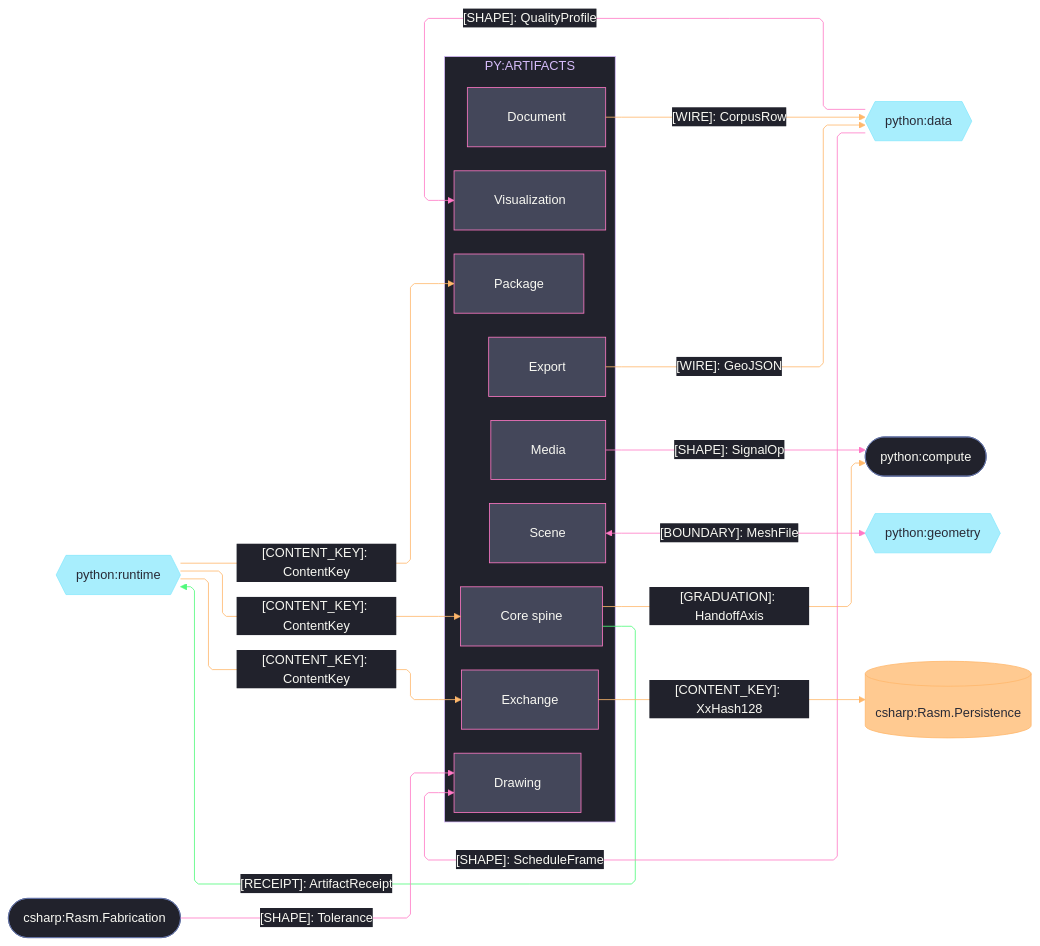
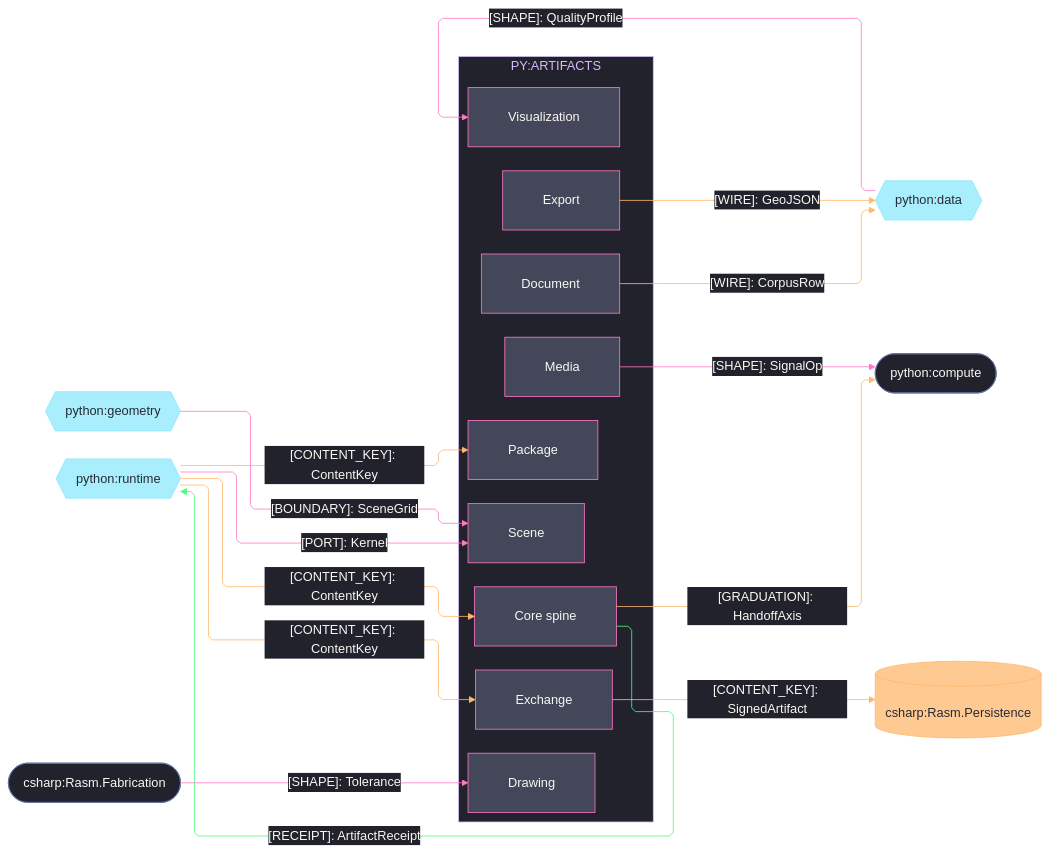
The first of 3 diagrams in libs/python/artifacts/ARCHITECTURE.md (bsamiee/Rasm), drawn with Mermaid before and after one commit. The commit also changed other lines of this file and 24 other files, not shown here.

Commit message:
architecture: seam registries + codemaps aligned across the estate (worker fabric edges, scene rows, csharp/ts seam mirrors)

````diff
--- a/libs/python/artifacts/ARCHITECTURE.md
+++ b/libs/python/artifacts/ARCHITECTURE.md
@@ -102,75 +105,75 @@
 ```mermaid
 ---
 config:
   theme: base
   look: classic
   layout: elk
   flowchart:
     curve: linear
     padding: 25
   themeVariables:
     darkMode: true
     fontFamily: "SF Mono, Menlo, Cascadia Mono, Segoe UI Mono, Consolas, monospace"
     useGradient: false
     dropShadow: "none"
     background: "#282A36"
     primaryColor: "#44475A"
     primaryTextColor: "#F8F8F2"
     primaryBorderColor: "#BD93F9"
     lineColor: "#FF79C6"
     textColor: "#F8F8F2"
     clusterBkg: "#21222C"
     clusterBorder: "#D6BCFA"
     edgeLabelBackground: "#21222C"
     labelBackgroundColor: "#21222C"
     titleColor: "#D6BCFA"
   themeCSS: ".nodeLabel{font-size:13px;font-weight:500}.edgeLabel{font-size:12px;font-weight:500}.cluster-label .nodeLabel{font-size:13.5px;font-weight:700;letter-spacing:.08em}.edge-thickness-normal{stroke-width:2px}.edge-thickness-thick{stroke-width:3px}.edge-pattern-dashed,.edge-pattern-dotted{stroke-width:1.5px;stroke-dasharray:4 6}.node rect,.node circle,.node polygon,.node path,.node .outer-path{stroke-width:1.5px;filter:none!important}.cluster rect{stroke-width:1px!important;stroke-dasharray:5 4!important;filter:none!important}.marker path{transform:scale(.8);transform-origin:5px 5px}.marker circle{transform:scale(.48);transform-origin:5px 5px}.edgeLabel rect{transform-box:fill-box;transform-origin:center;transform:scale(1.1,1.2)}"
 ---
 flowchart LR
     accTitle: Artifacts package seam registry
     accDescr: Artifacts sub-domain owners exchanging content keys, receipts, wires, and shapes with the Python runtime, data, compute, and geometry peers and the Persistence and Fabrication C# packages, edge rails colored by kind and nodes classed by seam direction.
     subgraph artifacts[PY:ARTIFACTS]
         Core[Core spine]
         Document[Document]
         Visualization[Visualization]
         Drawing[Drawing]
         Media[Media]
         Scene[Scene]
         Export[Export]
         Exchange[Exchange]
         Package[Package]
     end
+    Geometry{{python:geometry}}
     Runtime{{python:runtime}}
     Data{{python:data}}
     Compute([python:compute])
-    Geometry{{python:geometry}}
     Persistence[(csharp:Rasm.Persistence)]
     Fabrication([csharp:Rasm.Fabrication])
     Runtime e1@-->|"[CONTENT_KEY]: ContentKey"| Core
     Core e2@-->|"[RECEIPT]: ArtifactReceipt"| Runtime
     Runtime e3@-->|"[CONTENT_KEY]: ContentKey"| Exchange
     Runtime e4@-->|"[CONTENT_KEY]: ContentKey"| Package
     Core e5@-->|"[GRADUATION]: HandoffAxis"| Compute
     Media e6@-->|"[SHAPE]: SignalOp"| Compute
     Document e7@-->|"[WIRE]: CorpusRow"| Data
     Export e8@-->|"[WIRE]: GeoJSON"| Data
     Data e9@-->|"[SHAPE]: QualityProfile"| Visualization
-    Data e10@-->|"[SHAPE]: ScheduleFrame"| Drawing
     Fabrication e11@-->|"[SHAPE]: Tolerance"| Drawing
-    Scene e12@<-->|"[BOUNDARY]: MeshFile"| Geometry
-    Exchange e13@-->|"[CONTENT_KEY]: XxHash128"| Persistence
+    Geometry e12@-->|"[BOUNDARY]: SceneGrid"| Scene
+    Exchange e13@-->|"[CONTENT_KEY]: SignedArtifact"| Persistence
+    Runtime e14@-->|"[PORT]: Kernel"| Scene
     classDef primary fill:#44475A,stroke:#FF79C6,color:#F8F8F2
     classDef external fill:#8BE9FDBF,stroke:#8BE9FD,color:#282A36
     classDef data fill:#FFB86CBF,stroke:#FFB86C,color:#282A36
-    classDef annotation fill:#21222C,stroke:#6272A4,color:#F8F8F2
+    classDef recessed fill:#21222C,stroke:#6272A4,color:#F8F8F2
     classDef edgeData stroke:#FFB86C,color:#F8F8F2
     classDef edgeSuccess stroke:#50FA7B,color:#F8F8F2
     classDef edgeControl stroke:#FF79C6,color:#F8F8F2
     class Core,Document,Visualization,Drawing,Media,Scene,Export,Exchange,Package primary
     class Runtime,Data,Geometry external
     class Persistence data
-    class Compute,Fabrication annotation
+    class Compute,Fabrication recessed
     class e1,e3,e4,e5,e7,e8,e13 edgeData
     class e2 edgeSuccess
-    class e6,e9,e10,e11,e12 edgeControl
+    class e6,e9,e11,e12,e14 edgeControl
 ```
````
